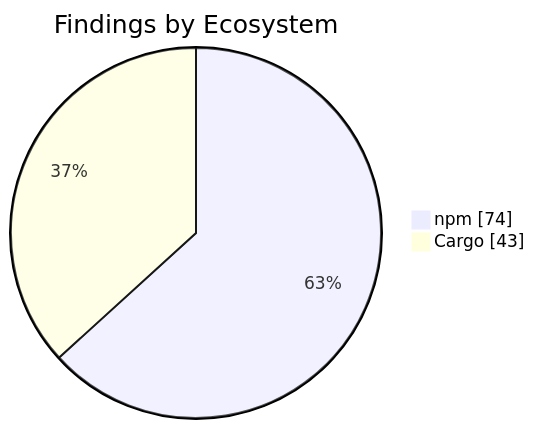
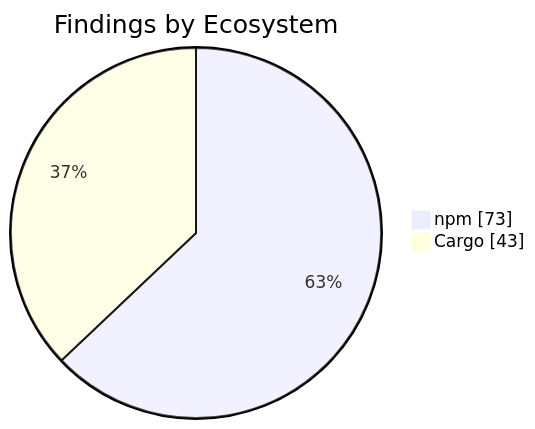
One commit to KBVE/kbve changed the second of 2 diagrams in apps/kbve/astro-kbve/src/content/docs/dashboard/security.mdx. Above: the diagram before and after it, drawn with Mermaid. The commit also changed other lines of this file and 8 other files, not shown here.

````diff
--- a/apps/kbve/astro-kbve/src/content/docs/dashboard/security.mdx
+++ b/apps/kbve/astro-kbve/src/content/docs/dashboard/security.mdx
@@ -73,6 +73,6 @@
 ```mermaid
 pie showData
     title Findings by Ecosystem
-    "npm" : 74
+    "npm" : 73
     "Cargo" : 43
 ```
````
